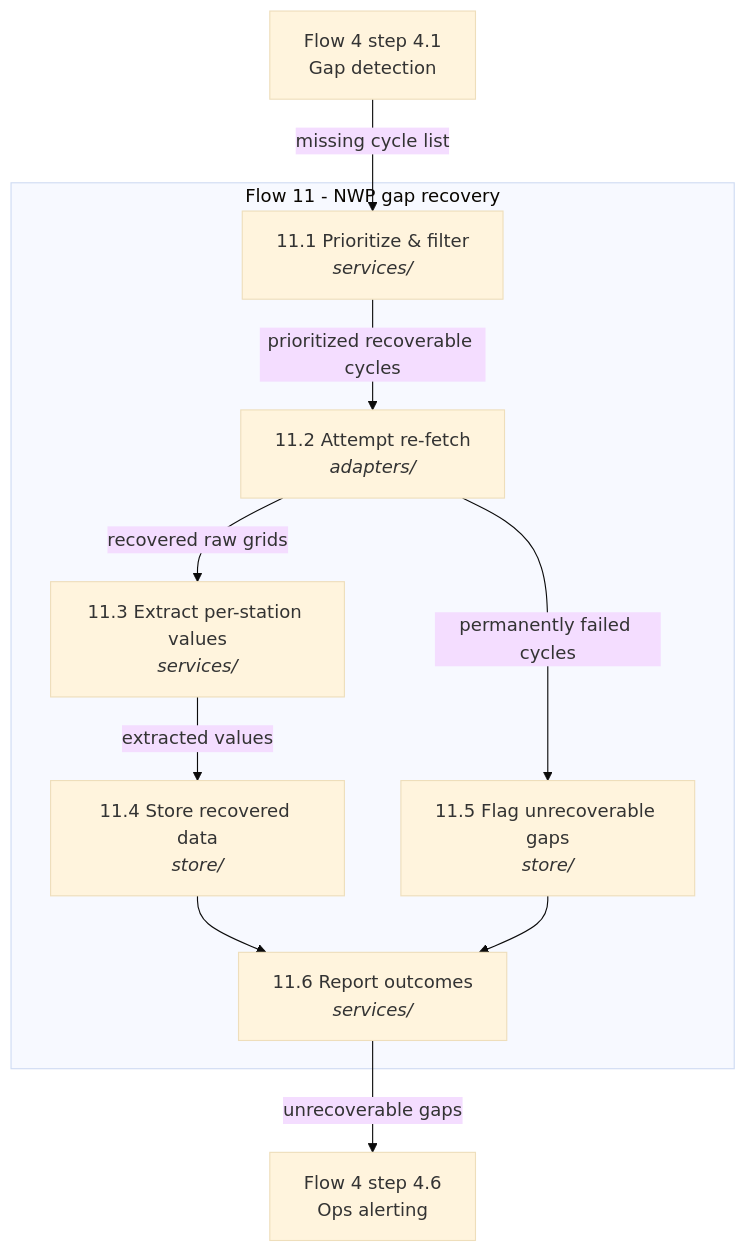
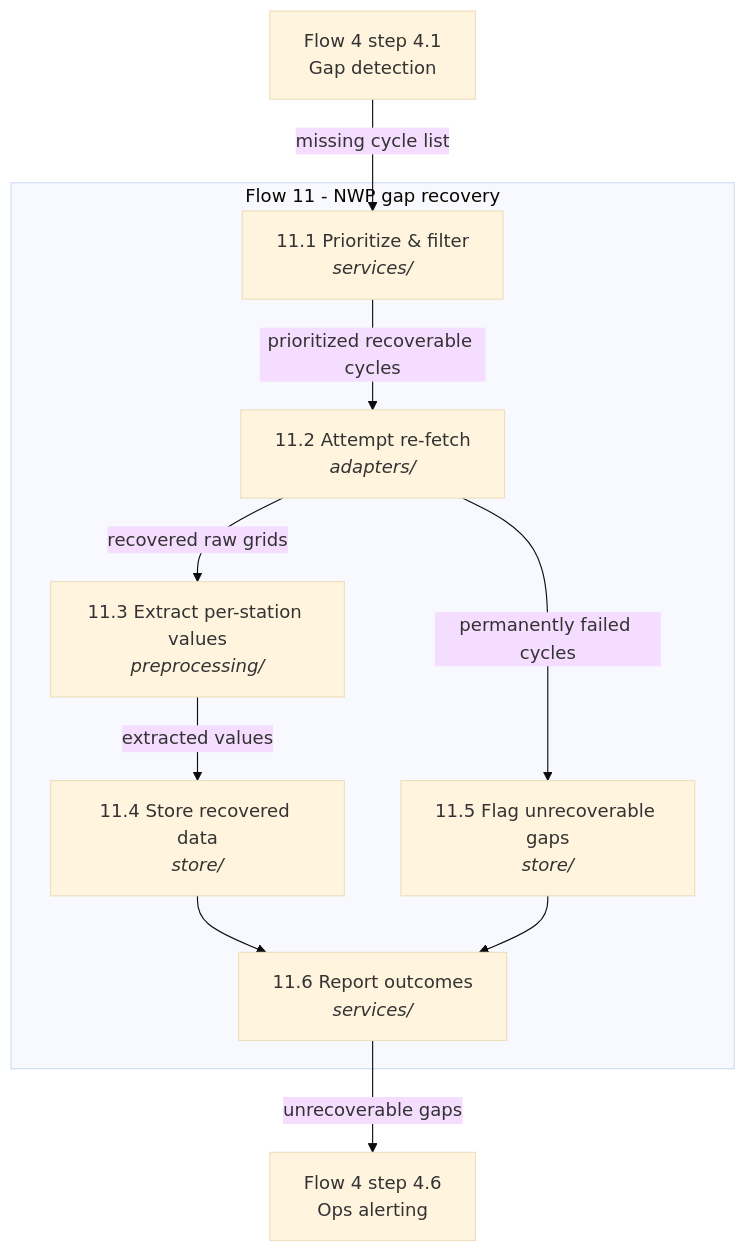
One commit to hydrosolutions/SAPPHIRE_flow changed the tenth of 11 diagrams in docs/architecture-context.md. Above: the diagram before and after it, drawn with Mermaid (base theme). The commit also changed other lines of this file and 4 other files, not shown here.

First line of the commit message:
docs: align enum casing and definitions across architecture-context, conventions, and types-and-protocols

````diff
--- a/docs/architecture-context.md
+++ b/docs/architecture-context.md
@@ -1011,21 +1012,21 @@
 ```mermaid
 flowchart TD
     F4["Flow 4 step 4.1<br/>Gap detection"] -->|missing cycle list| S1
     subgraph flow11 [Flow 11 - NWP gap recovery]
         S1["11.1 Prioritize & filter<br/><i>services/</i>"]
         S2["11.2 Attempt re-fetch<br/><i>adapters/</i>"]
-        S3["11.3 Extract per-station values<br/><i>services/</i>"]
+        S3["11.3 Extract per-station values<br/><i>preprocessing/</i>"]
         S4["11.4 Store recovered data<br/><i>store/</i>"]
         S5["11.5 Flag unrecoverable gaps<br/><i>store/</i>"]
         S6["11.6 Report outcomes<br/><i>services/</i>"]
 
         S1 -->|prioritized recoverable cycles| S2
         S2 -->|recovered raw grids| S3
         S2 -->|permanently failed cycles| S5
         S3 -->|extracted values| S4
         S4 --> S6
         S5 --> S6
     end
 
     S6 -->|unrecoverable gaps| F4_alert["Flow 4 step 4.6<br/>Ops alerting"]
 ```
````
